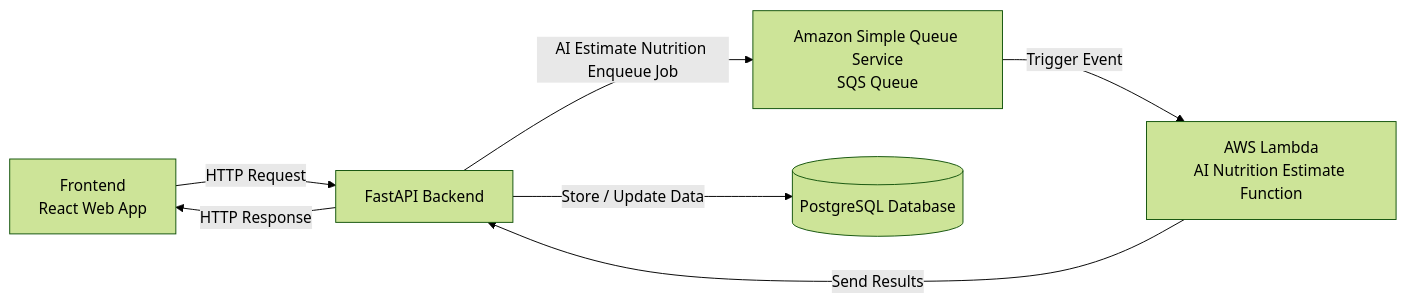
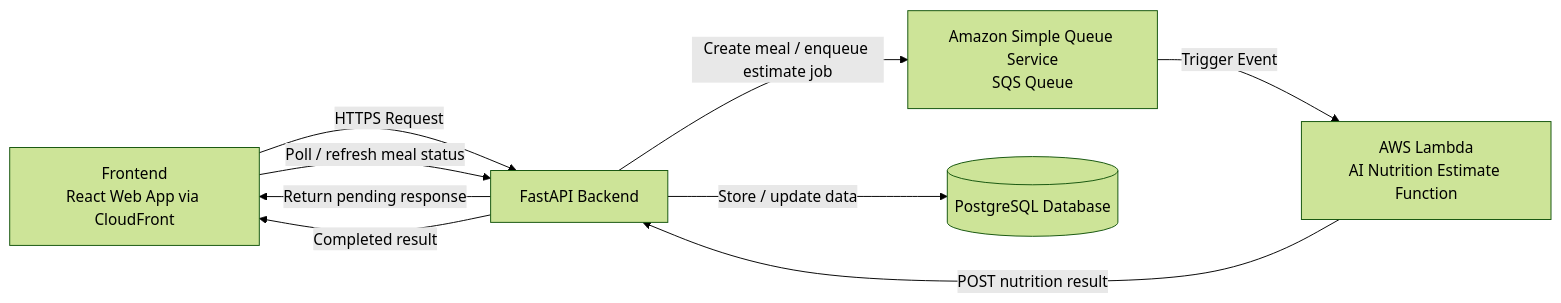
Before and after one commit to stellar-flame/nutrition-tracker: the diagram in design/SystemDesign.mmd, drawn with Mermaid (forest theme). The commit also changed other lines of this file and 3 other files, not shown here.

Commit message:
feat: Update system design and README for CloudFront integration; enhance CORS settings for HTTPS

```diff
--- a/design/SystemDesign.mmd
+++ b/design/SystemDesign.mmd
@@ -1,13 +1,15 @@
 flowchart LR
-    FE[Frontend<br/>React Web App]
+    FE[Frontend<br/>React Web App via CloudFront]
     API[FastAPI Backend]
     Q[Amazon Simple Queue Service<br/>SQS Queue]
     L[AWS Lambda<br/>AI Nutrition Estimate Function]
     DB[(PostgreSQL Database)]
 
-    FE -->|HTTP Request| API
-    API -->|AI Estimate Nutrition Enqueue Job| Q
+    FE -->|HTTPS Request| API
+    API -->|Create meal / enqueue estimate job| Q
+    API -->|Return pending response| FE
     Q -->|Trigger Event| L
-    L -->|Send Results| API
-    API -->|Store / Update Data| DB
-    API -->|HTTP Response| FE
+    L -->|POST nutrition result| API
+    API -->|Store / update data| DB
+    FE -->|Poll / refresh meal status| API
+    API -->|Completed result| FE
```
